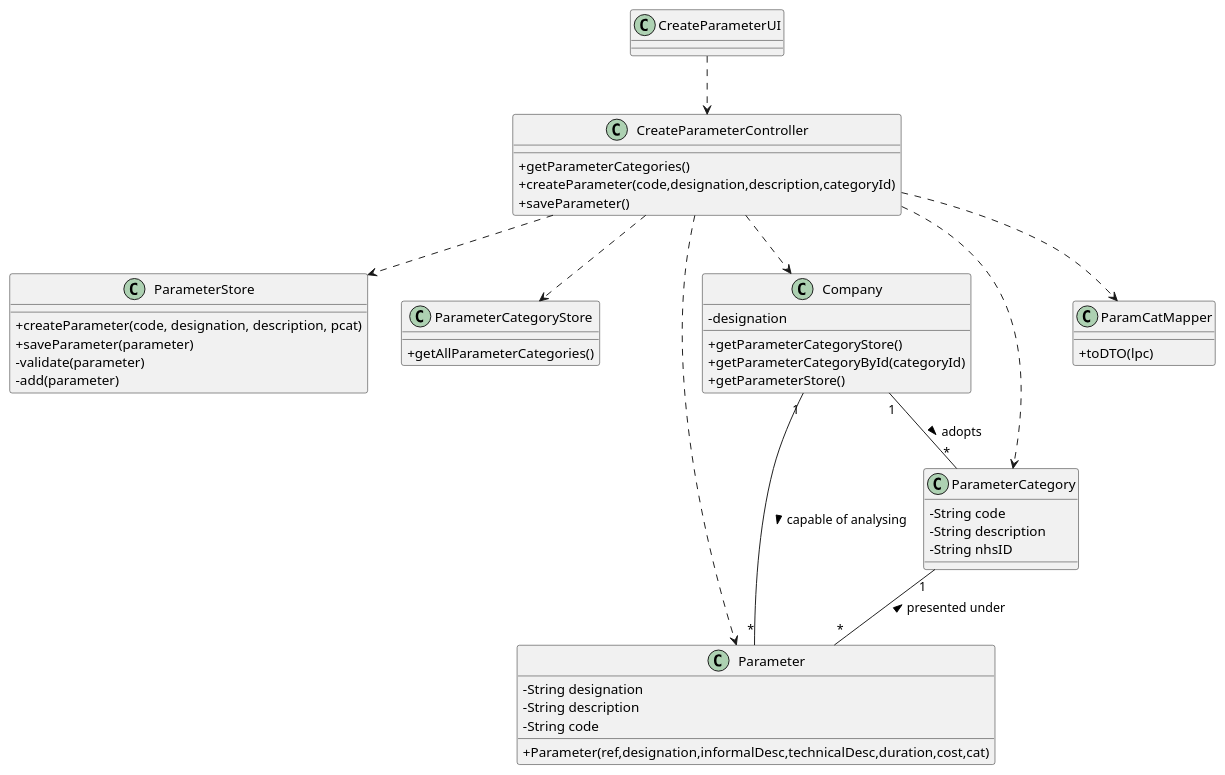
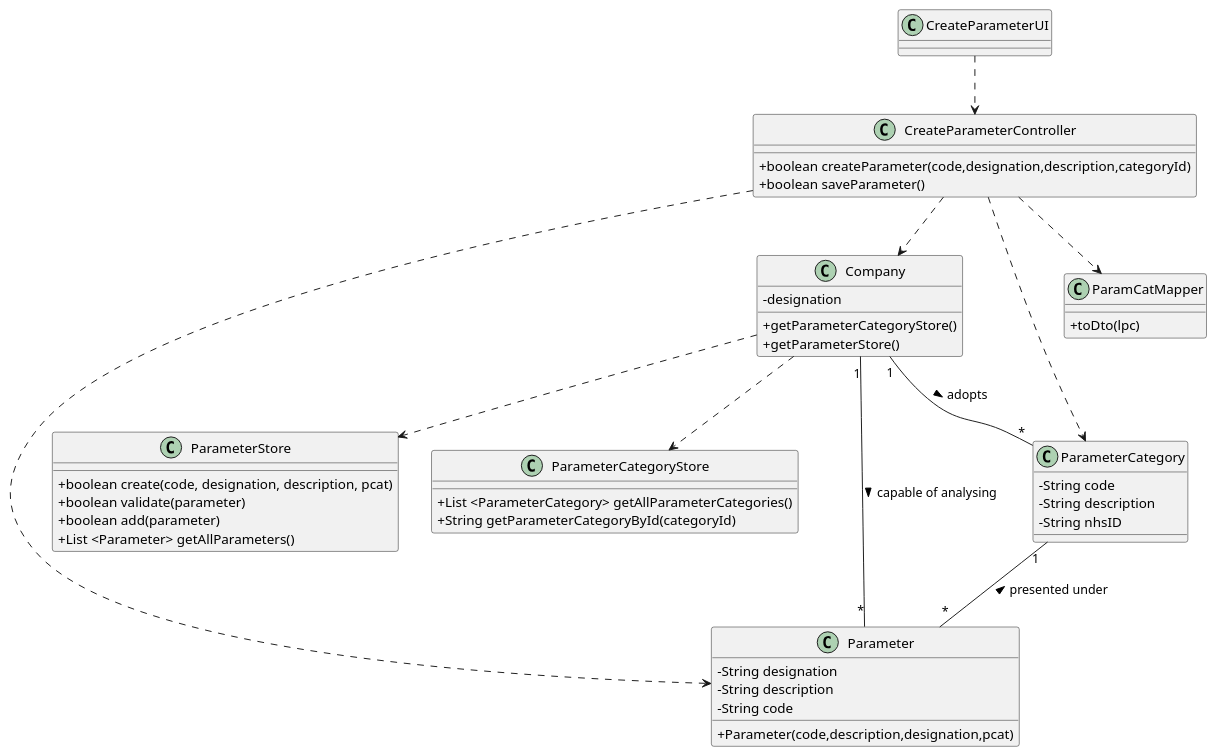
One commit to 0franciscor/lei-21-s2-1de-g19 changed the diagram in docs/SprintB/US10/US10-CD.puml. Above: the diagram before and after it, drawn with PlantUML. The commit also changed 3 other files, not shown here.

```diff
--- a/docs/SprintB/US10/US10-CD.puml
+++ b/docs/SprintB/US10/US10-CD.puml
@@ -1,67 +1,66 @@
 @startuml
 skinparam classAttributeIconSize 0
 
 
 class ParameterStore{
-  +createParameter(code, designation, description, pcat)
-  +saveParameter(parameter)
-  -validate(parameter)
-  -add(parameter)
+  +boolean create(code, designation, description, pcat)
+  +boolean validate(parameter)
+  +boolean add(parameter)
+  +List <Parameter> getAllParameters()
 }
 
 class ParameterCategoryStore{
-  +getAllParameterCategories()
+  +List <ParameterCategory> getAllParameterCategories()
+  +String getParameterCategoryById(categoryId)
 }
 
 
 class Parameter {
   - String designation
   - String description
   - String code
-  +Parameter(ref,designation,informalDesc,technicalDesc,duration,cost,cat)
+  +Parameter(code,description,designation,pcat)
 }
 
 class Company {
   -designation
   +getParameterCategoryStore()
-  +getParameterCategoryById(categoryId)
   +getParameterStore()
 }
 
 class ParameterCategory {
   -String code
   -String description
   -String nhsID
 }
 
 
 
 class ParamCatMapper{
-  +toDTO(lpc)
+  +toDto(lpc)
 }
 
 
 class CreateParameterController {
-  +getParameterCategories()
-  +createParameter(code,designation,description,categoryId)
-  +saveParameter()
+  +boolean createParameter(code,designation,description,categoryId)
+  +boolean saveParameter()
 }
 
 class CreateParameterUI {
 }
 
 CreateParameterUI ..> CreateParameterController
 CreateParameterController ..> ParameterCategory
 CreateParameterController ..> ParamCatMapper
 CreateParameterController ..> Parameter
 CreateParameterController ..> Company
-CreateParameterController ..> ParameterStore
-CreateParameterController ..> ParameterCategoryStore
+Company ..> ParameterStore
+Company ..> ParameterCategoryStore
 
 Company "1" -- "*" Parameter : > capable of analysing
 Company "1" -- "*" ParameterCategory : > adopts
 ParameterCategory "1" -- "*" Parameter : < presented under
 
 
 
 @enduml
```
